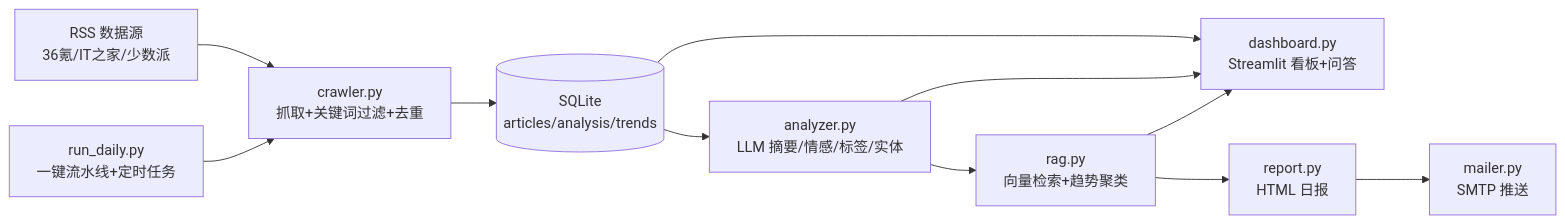
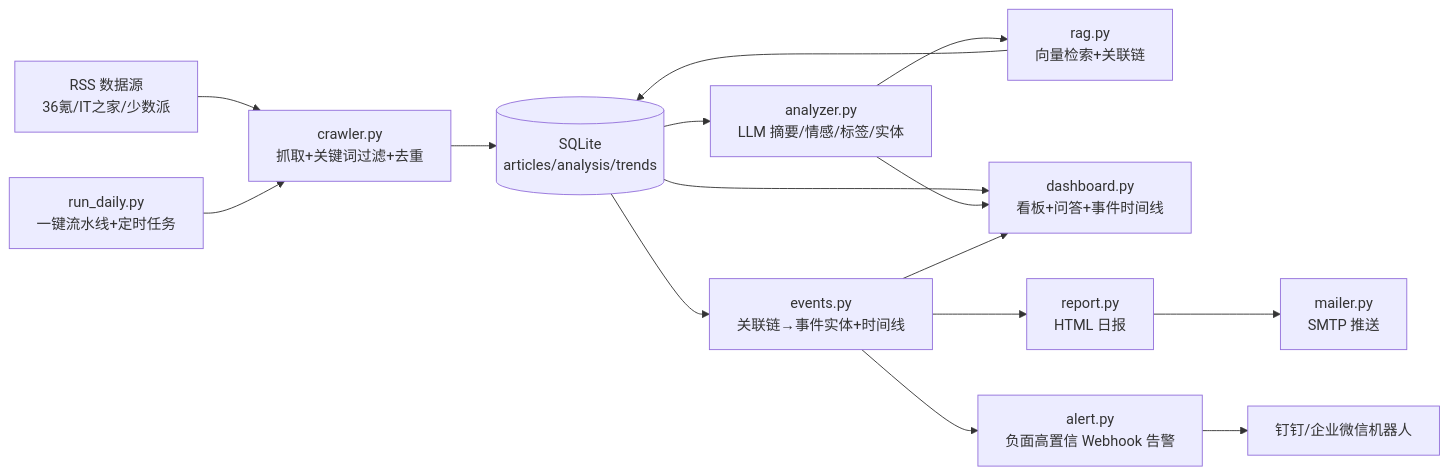
Before and after one commit to kgnb666/intel-agent: the diagram in README.md, drawn with Mermaid. The commit also changed other lines of this file and 8 other files, not shown here.

````diff
--- a/README.md
+++ b/README.md
@@ -13,13 +13,17 @@
 ```mermaid
 flowchart LR
     A[RSS 数据源<br>36氪/IT之家/少数派] --> B[crawler.py<br>抓取+关键词过滤+去重]
     B --> C[(SQLite<br>articles/analysis/trends)]
     C --> D[analyzer.py<br>LLM 摘要/情感/标签/实体]
-    D --> E[rag.py<br>向量检索+趋势聚类]
-    C --> F[dashboard.py<br>Streamlit 看板+问答]
+    D --> E[rag.py<br>向量检索+关联链]
+    E --> C
+    C --> E2[events.py<br>关联链→事件实体+时间线]
+    C --> F[dashboard.py<br>看板+问答+事件时间线]
     D --> F
-    E --> F
-    E --> G[report.py<br>HTML 日报]
+    E2 --> F
+    E2 --> G[report.py<br>HTML 日报]
     G --> H[mailer.py<br>SMTP 推送]
+    E2 --> J[alert.py<br>负面高置信 Webhook 告警]
+    J --> K[钉钉/企业微信机器人]
     I[run_daily.py<br>一键流水线+定时任务] --> B
 ```
````
